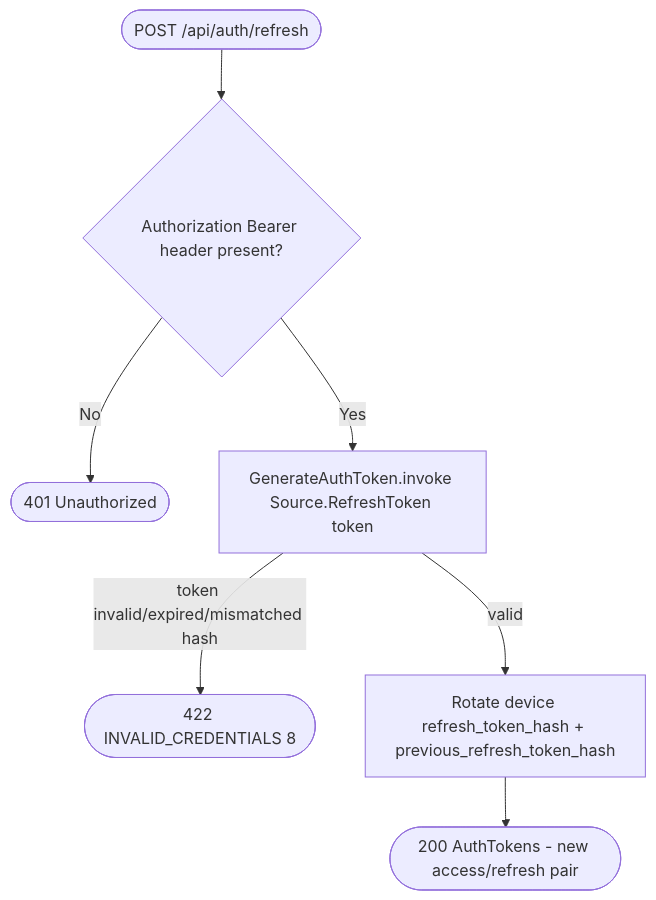
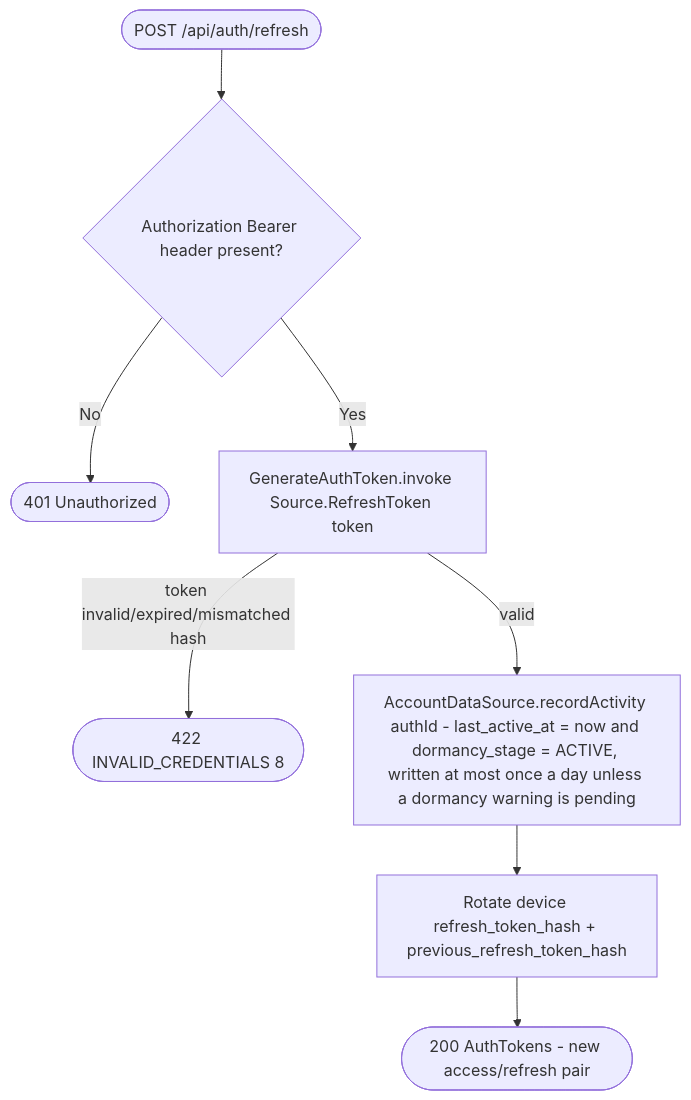
The diagram in docs/operations/authorization/refresh-token.md (nocturneproperties/bookkme), drawn with Mermaid before and after one commit. The commit also changed other lines of this file and 164 other files, not shown here.

````diff
--- a/docs/operations/authorization/refresh-token.md
+++ b/docs/operations/authorization/refresh-token.md
@@ -10,9 +10,10 @@
 ```mermaid
 flowchart TD
     Start([POST /api/auth/refresh]) --> HeaderCheck{Authorization Bearer header present?}
     HeaderCheck -- No --> R401a([401 Unauthorized])
     HeaderCheck -- Yes --> Gen[GenerateAuthToken.invoke Source.RefreshToken token]
     Gen -- token invalid/expired/mismatched hash --> R422([422 INVALID_CREDENTIALS 8])
-    Gen -- valid --> Rotate[Rotate device refresh_token_hash + previous_refresh_token_hash]
+    Gen -- valid --> Activity[AccountDataSource.recordActivity authId - last_active_at = now and dormancy_stage = ACTIVE, written at most once a day unless a dormancy warning is pending]
+    Activity --> Rotate[Rotate device refresh_token_hash + previous_refresh_token_hash]
     Rotate --> R200([200 AuthTokens - new access/refresh pair])
 ```
````
